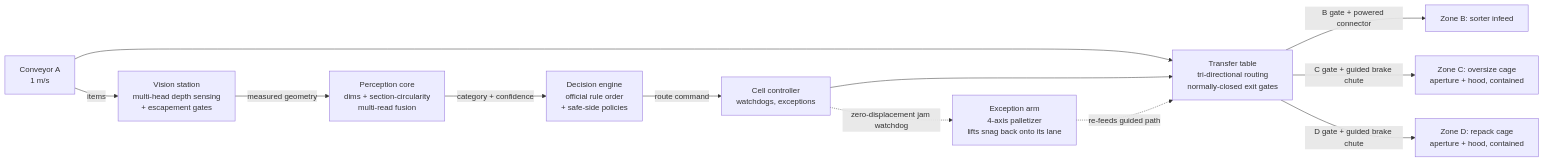
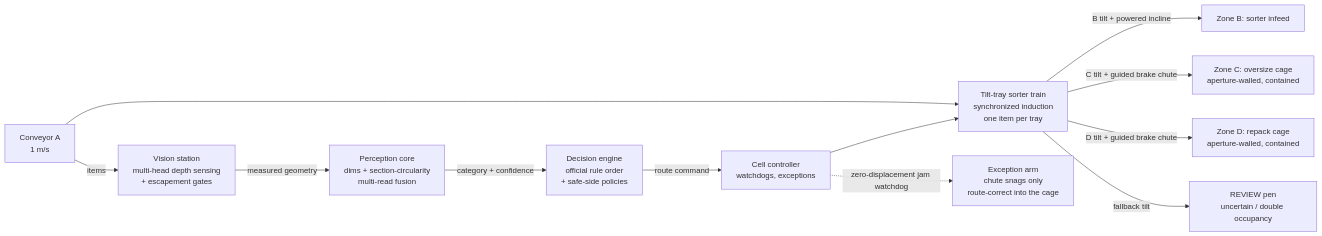
Before and after one commit to richizam/ozone-tech_yosolo_487: the diagram in README.md, drawn with Mermaid. The commit also changed other lines of this file and 39 other files, not shown here.

First line of the commit message:
Tilt-tray executive: both engines validated end-to-end (11/11 nominal)

````diff
--- a/README.md
+++ b/README.md
@@ -34,14 +32,14 @@
 ```mermaid
 flowchart LR
     A[Conveyor A<br/>1 m/s] -->|items| VS[Vision station<br/>multi-head depth sensing<br/>+ escapement gates]
     VS -->|measured geometry| PC[Perception core<br/>dims + section-circularity<br/>multi-read fusion]
     PC -->|category + confidence| DE[Decision engine<br/>official rule order<br/>+ safe-side policies]
     DE -->|route command| CTRL[Cell controller<br/>watchdogs, exceptions]
-    A --> TT[Transfer table<br/>tri-directional routing<br/>normally-closed exit gates]
+    A --> TT[Tilt-tray sorter train<br/>synchronized induction<br/>one item per tray]
     CTRL --> TT
-    TT -->|B gate + powered connector| B[Zone B: sorter infeed]
-    TT -->|C gate + guided brake chute| C[Zone C: oversize cage<br/>aperture + hood, contained]
-    TT -->|D gate + guided brake chute| D[Zone D: repack cage<br/>aperture + hood, contained]
-    CTRL -.zero-displacement jam watchdog.-> ARM[Exception arm<br/>4-axis palletizer<br/>lifts snag back onto its lane]
-    ARM -.re-feeds guided path.-> TT
+    TT -->|B tilt + powered incline| B[Zone B: sorter infeed]
+    TT -->|C tilt + guided brake chute| C[Zone C: oversize cage<br/>aperture-walled, contained]
+    TT -->|D tilt + guided brake chute| D[Zone D: repack cage<br/>aperture-walled, contained]
+    TT -->|fallback tilt| R[REVIEW pen<br/>uncertain / double occupancy]
+    CTRL -.zero-displacement jam watchdog.-> ARM[Exception arm<br/>chute snags only<br/>route-correct into the cage]
 ```
````
